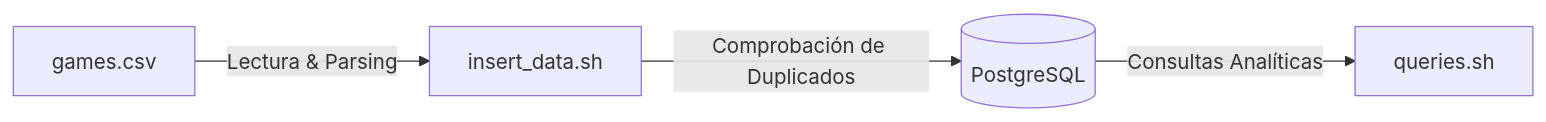
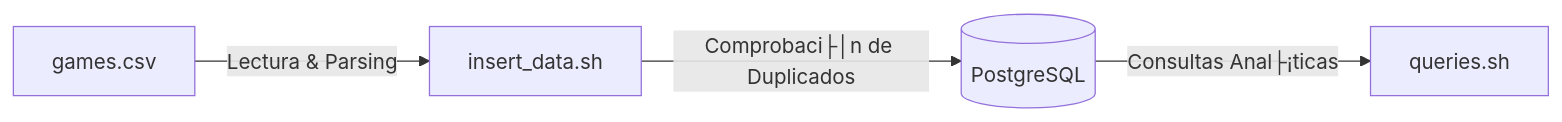
One commit to Akisolu/world-cup-database changed the diagram in README.es.md. Above: the diagram before and after it, drawn with Mermaid. The commit also changed other lines of this file, not shown here.

````diff
--- a/README.es.md
+++ b/README.es.md
@@ -10,6 +11,6 @@
 ```mermaid
 flowchart LR
     A[games.csv] -->|Lectura & Parsing| B[insert_data.sh]
-    B -->|Comprobación de Duplicados| C[(PostgreSQL)]
-    C -->|Consultas Analíticas| D[queries.sh]
+    B -->|Comprobaci├│n de Duplicados| C[(PostgreSQL)]
+    C -->|Consultas Anal├¡ticas| D[queries.sh]
 ```
````
